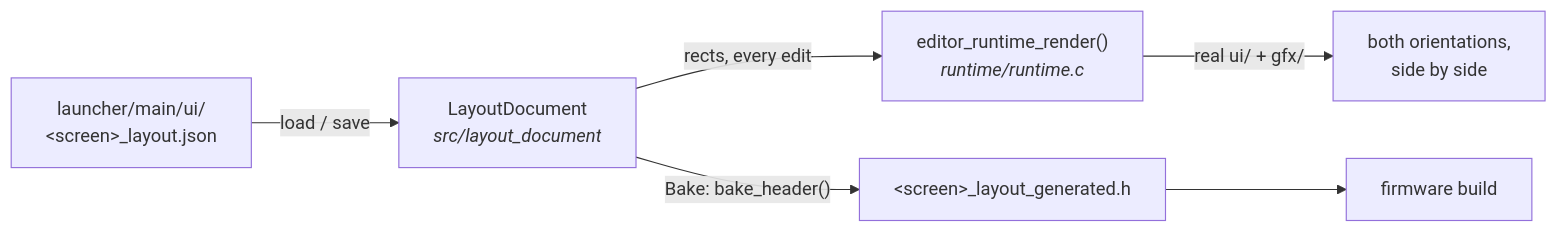
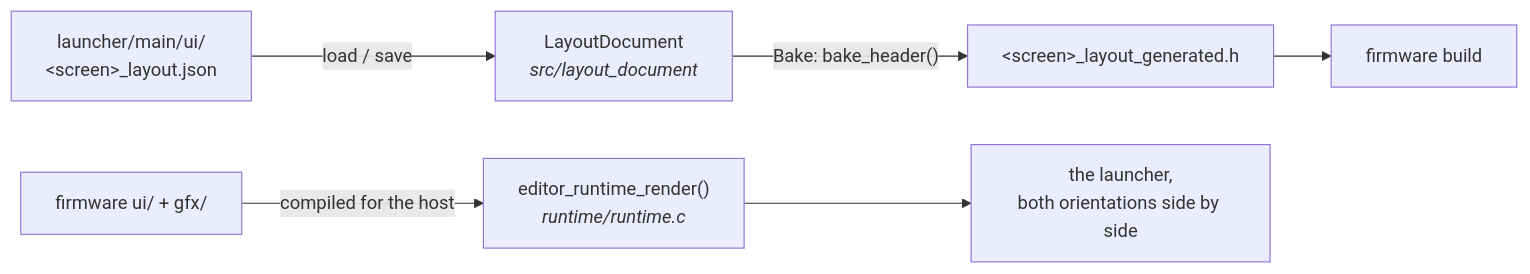
One commit to jose-villegas/autana changed the diagram in editor/README.md. Above: the diagram before and after it, drawn with Mermaid. The commit also changed other lines of this file and 46 other files, not shown here.

````diff
--- a/editor/README.md
+++ b/editor/README.md
@@ -13,8 +13,8 @@
 ```mermaid
 flowchart LR
     JSON["launcher/main/ui/<br/>&lt;screen&gt;_layout.json"] -->|load / save| DOC["LayoutDocument<br/><i>src/layout_document</i>"]
-    DOC -->|rects, every edit| RT["editor_runtime_render()<br/><i>runtime/runtime.c</i>"]
-    RT -->|"real ui/ + gfx/"| PREVIEW["both orientations,<br/>side by side"]
     DOC -->|"Bake: bake_header()"| HEADER["&lt;screen&gt;_layout_generated.h"]
     HEADER --> FW["firmware build"]
+    SRC["firmware ui/ + gfx/"] -->|compiled for the host| RT["editor_runtime_render()<br/><i>runtime/runtime.c</i>"]
+    RT --> PREVIEW["the launcher,<br/>both orientations side by side"]
 ```
````
